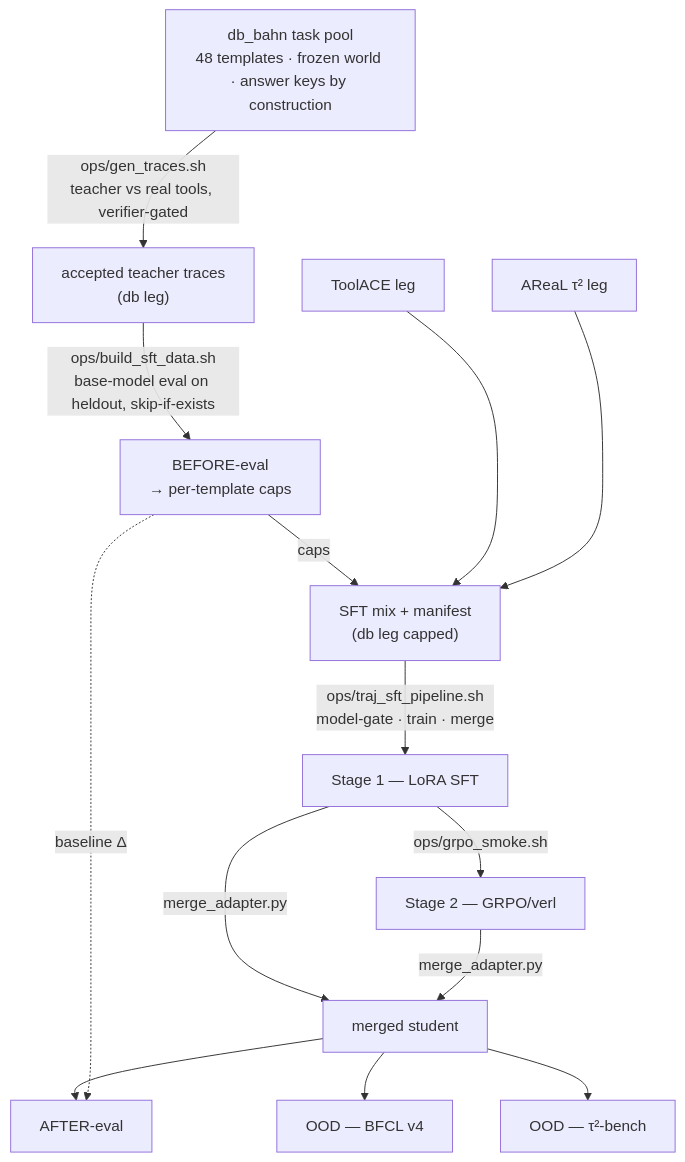
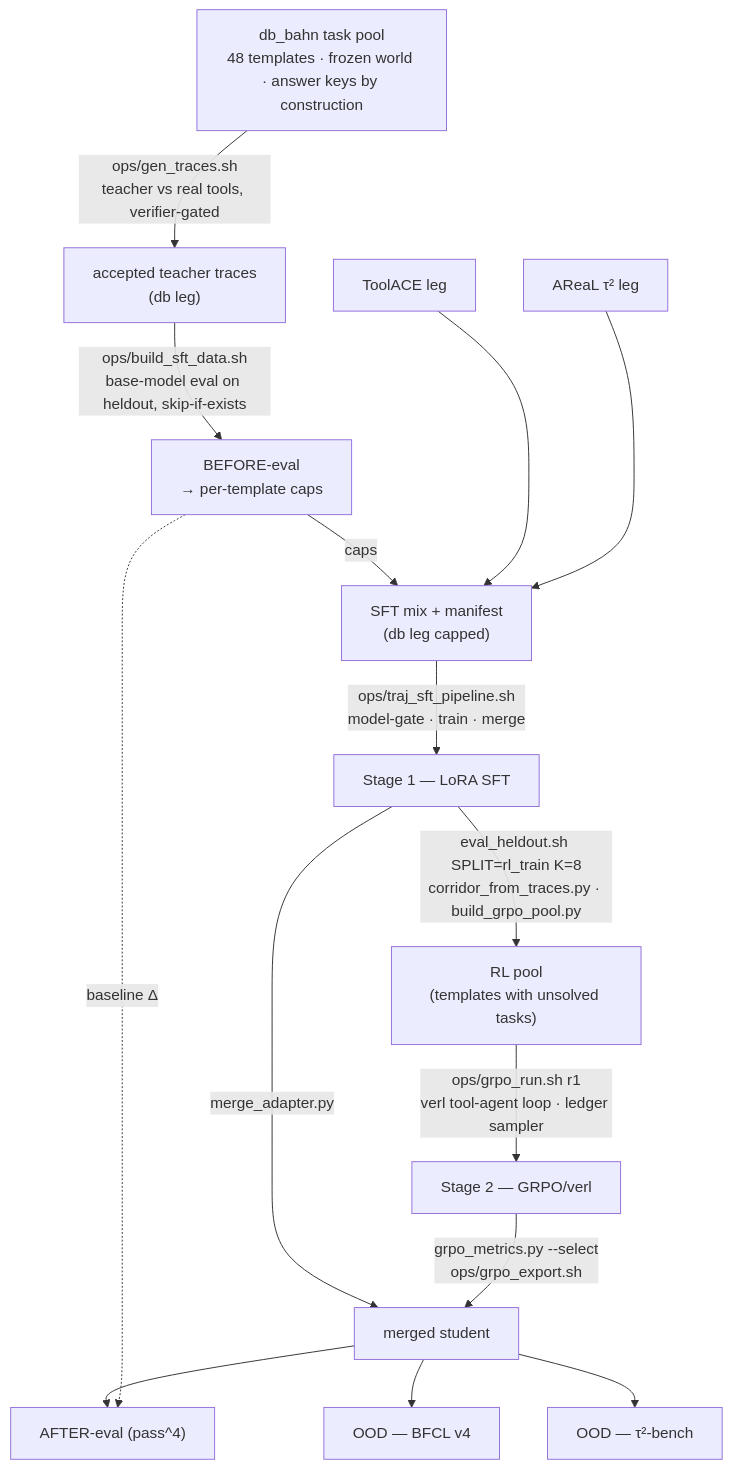
One commit to JanneckGit/slm-agentic-training-pipeline changed the diagram in README.md. Above: the diagram before and after it, drawn with Mermaid. The commit also changed other lines of this file, not shown here.

First line of the commit message:
docs(readme): Stage-2 GRPO — corridor pool, runner, recipe, repo layout

````diff
--- a/README.md
+++ b/README.md
@@ -36,23 +40,24 @@
 ```mermaid
 flowchart TD
     TASKS["db_bahn task pool<br/>48 templates · frozen world · answer keys by construction"]
     TASKS -->|"ops/gen_traces.sh<br/>teacher vs real tools, verifier-gated"| TRACES["accepted teacher traces<br/>(db leg)"]
     TOOLACE["ToolACE leg"]
     AREAL["AReaL τ² leg"]
     TASKS ~~~ TOOLACE
     TASKS ~~~ AREAL
     TRACES -->|"ops/build_sft_data.sh<br/>base-model eval on heldout, skip-if-exists"| EVAL["BEFORE-eval<br/>→ per-template caps"]
     TOOLACE ~~~ EVAL
     AREAL ~~~ EVAL
     EVAL -->|caps| MIX["SFT mix + manifest<br/>(db leg capped)"]
     TOOLACE --> MIX
     AREAL --> MIX
     MIX -->|"ops/traj_sft_pipeline.sh<br/>model-gate · train · merge"| SFT["Stage 1 — LoRA SFT"]
-    SFT -->|ops/grpo_smoke.sh| RL["Stage 2 — GRPO/verl"]
+    SFT -->|"eval_heldout.sh SPLIT=rl_train K=8<br/>corridor_from_traces.py · build_grpo_pool.py"| POOL["RL pool<br/>(templates with unsolved tasks)"]
+    POOL -->|"ops/grpo_run.sh r1<br/>verl tool-agent loop · ledger sampler"| RL["Stage 2 — GRPO/verl"]
     SFT -->|merge_adapter.py| STUDENT["merged student"]
-    RL -->|merge_adapter.py| STUDENT
-    STUDENT --> AFTER["AFTER-eval"]
+    RL -->|"grpo_metrics.py --select<br/>ops/grpo_export.sh"| STUDENT
+    STUDENT --> AFTER["AFTER-eval (pass^4)"]
     STUDENT --> BFCL["OOD — BFCL v4"]
     STUDENT --> TAU2["OOD — τ²-bench"]
     EVAL -.->|"baseline Δ"| AFTER
 ```
````
